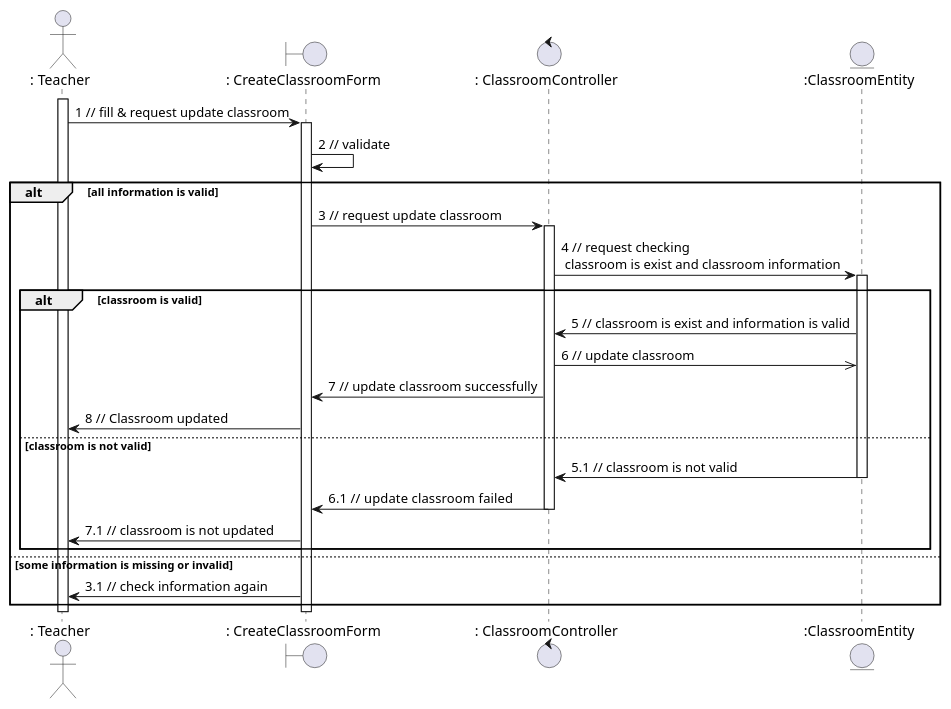
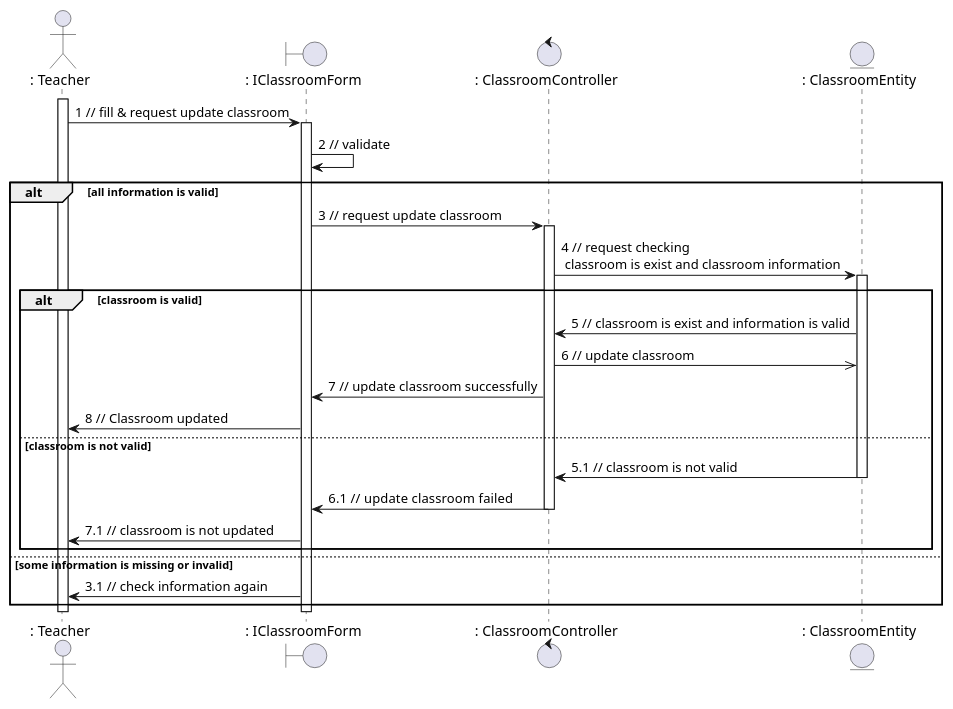
One commit to anonyhostvn/OOAD-Diagram changed the diagram in sequence - analaysis/classroom/updateClass.plantuml. Above: the diagram before and after it, drawn with PlantUML. The commit also changed 13 other files, not shown here.

```diff
--- a/sequence - analaysis/classroom/updateClass.plantuml
+++ b/sequence - analaysis/classroom/updateClass.plantuml
@@ -1,36 +1,36 @@
 @startuml updateClass
 
 actor ": Teacher"
-boundary ": CreateClassroomForm"
+boundary ": IClassroomForm"
 control ": ClassroomController"
-entity ":ClassroomEntity"
+entity ": ClassroomEntity"
 
 activate ": Teacher"
-": Teacher" -> ": CreateClassroomForm": 1 // fill & request update classroom
-activate ": CreateClassroomForm"
-": CreateClassroomForm" -> ": CreateClassroomForm": 2 // validate
+": Teacher" -> ": IClassroomForm": 1 // fill & request update classroom
+activate ": IClassroomForm"
+": IClassroomForm" -> ": IClassroomForm": 2 // validate
 alt all information is valid
-    ": CreateClassroomForm" -> ": ClassroomController": 3 // request update classroom
+    ": IClassroomForm" -> ": ClassroomController": 3 // request update classroom
     activate ": ClassroomController"
-    ": ClassroomController" -> ":ClassroomEntity": 4 // request checking \n classroom is exist and classroom information
-    activate ":ClassroomEntity"
+    ": ClassroomController" -> ": ClassroomEntity": 4 // request checking \n classroom is exist and classroom information
+    activate ": ClassroomEntity"
     alt classroom is valid
-        ":ClassroomEntity" -> ": ClassroomController": 5 // classroom is exist and information is valid
-        ": ClassroomController" ->> ":ClassroomEntity": 6 // update classroom
-        ": ClassroomController" -> ": CreateClassroomForm": 7 // update classroom successfully
-        ": CreateClassroomForm" -> ": Teacher": 8 // Classroom updated
+        ": ClassroomEntity" -> ": ClassroomController": 5 // classroom is exist and information is valid
+        ": ClassroomController" ->> ": ClassroomEntity": 6 // update classroom
+        ": ClassroomController" -> ": IClassroomForm": 7 // update classroom successfully
+        ": IClassroomForm" -> ": Teacher": 8 // Classroom updated
     else classroom is not valid
-        ":ClassroomEntity" -> ": ClassroomController": 5.1 // classroom is not valid
-        deactivate ":ClassroomEntity"
-        ": ClassroomController" -> ": CreateClassroomForm": 6.1 // update  classroom failed
+        ": ClassroomEntity" -> ": ClassroomController": 5.1 // classroom is not valid
+        deactivate ": ClassroomEntity"
+        ": ClassroomController" -> ": IClassroomForm": 6.1 // update  classroom failed
         deactivate ": ClassroomController"
-        ": CreateClassroomForm" -> ": Teacher": 7.1 // classroom is not updated
+        ": IClassroomForm" -> ": Teacher": 7.1 // classroom is not updated
     end
 else some information is missing or invalid
-    ": CreateClassroomForm" -> ": Teacher": 3.1 // check information again
+    ": IClassroomForm" -> ": Teacher": 3.1 // check information again
 end
 
-deactivate ": CreateClassroomForm"
+deactivate ": IClassroomForm"
 deactivate ": Teacher"
 
 @enduml
```
